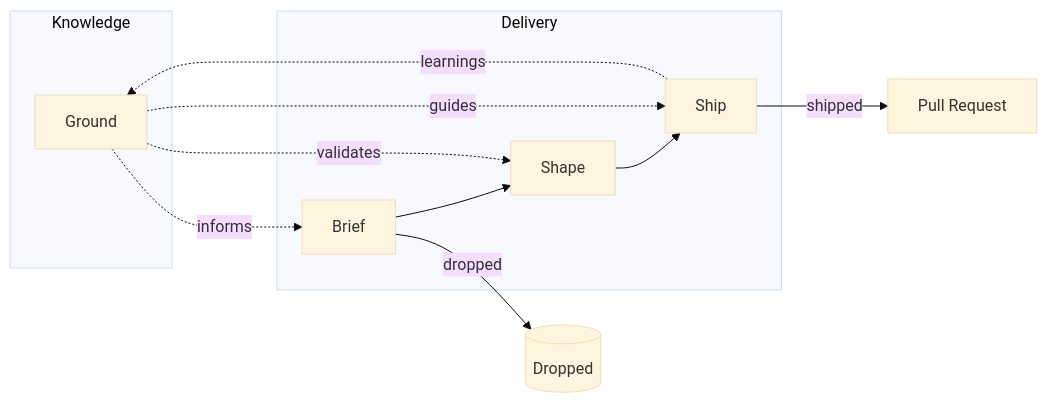
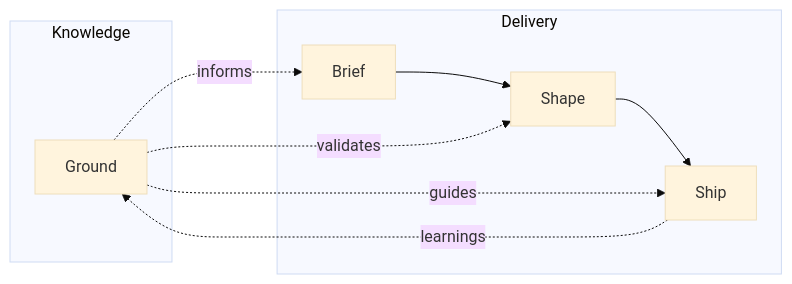
The diagram in README.md (mindrevolution/mill), drawn with Mermaid (base theme) before and after one commit. The commit also changed other lines of this file and 194 other files, not shown here.

````diff
--- a/README.md
+++ b/README.md
@@ -15,19 +43,16 @@
 ```mermaid
 flowchart LR
     subgraph Knowledge
         G[Ground]
     end
 
     subgraph Delivery
         B[Brief] --> S[Shape] --> X[Ship]
     end
 
     G -.->|informs| B
     G -.->|validates| S
     G -.->|guides| X
 
     X -.->|learnings| G
-
-    B -->|dropped| D[(Dropped)]
-    X -->|shipped| PR[Pull Request]
 ```
````
